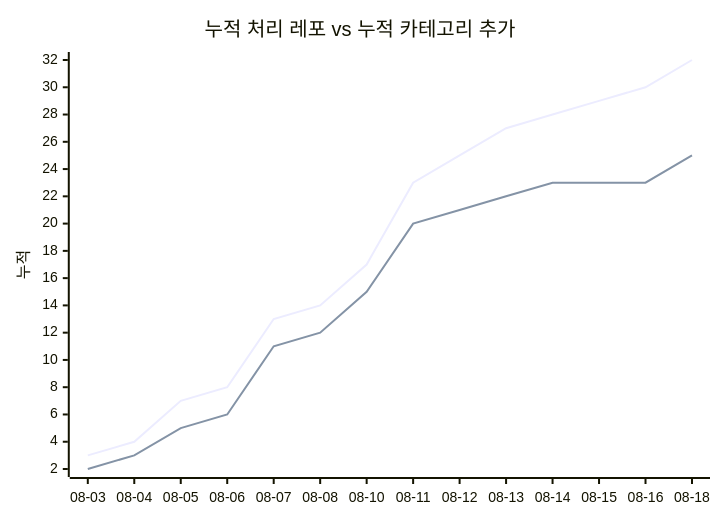
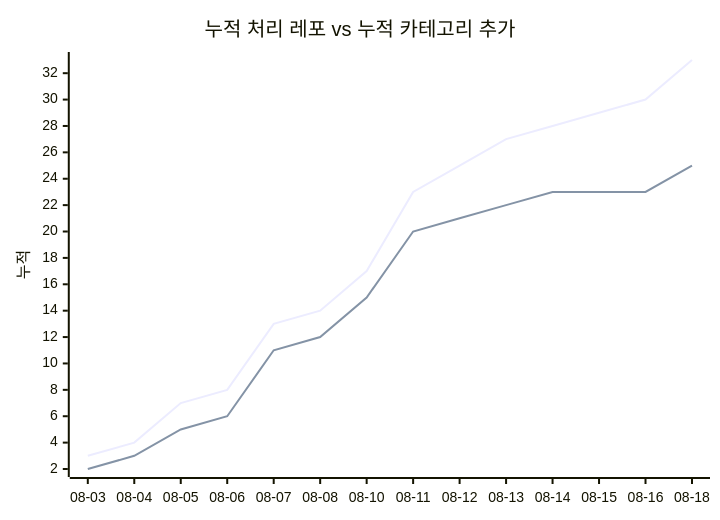
The second of 2 diagrams in docs/trends.md (J-nowcow/awesome-korean-agent-skills), drawn with Mermaid before and after one commit. The commit also changed other lines of this file and 2 other files, not shown here.

````diff
--- a/docs/trends.md
+++ b/docs/trends.md
@@ -68,8 +68,8 @@
 ```mermaid
 xychart-beta
     title "누적 처리 레포 vs 누적 카테고리 추가"
     x-axis ["08-03","08-04","08-05","08-06","08-07","08-08","08-10","08-11","08-12","08-13","08-14","08-15","08-16","08-18"]
     y-axis "누적"
-    line [3,4,7,8,13,14,17,23,25,27,28,29,30,32]
+    line [3,4,7,8,13,14,17,23,25,27,28,29,30,33]
     line [2,3,5,6,11,12,15,20,21,22,23,23,23,25]
 ```
````
